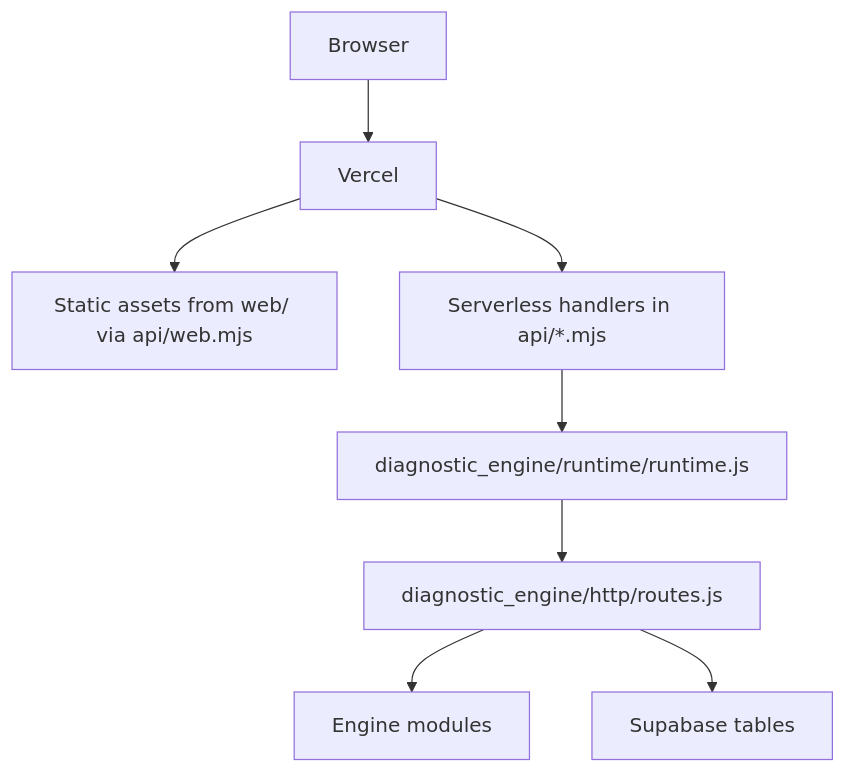
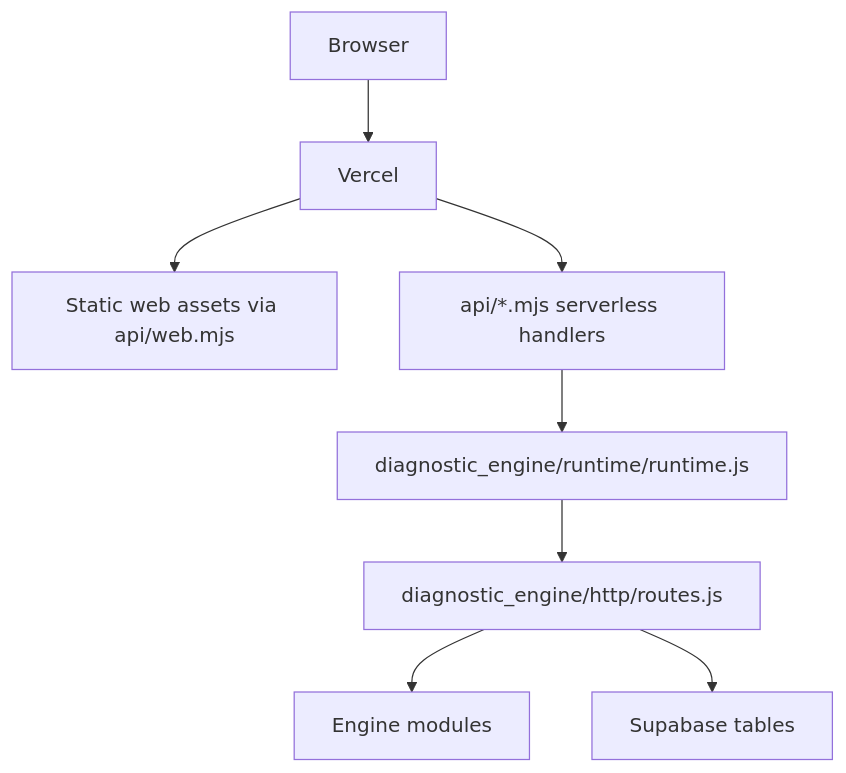
Before and after one commit to prnvh/diagnostic-engine: the third of 3 diagrams in SYSTEM_ARCHITECTURE.md, drawn with Mermaid. The commit also changed other lines of this file and 2 other files, not shown here.

````diff
--- a/SYSTEM_ARCHITECTURE.md
+++ b/SYSTEM_ARCHITECTURE.md
@@ -438,10 +493,10 @@
 ```mermaid
 flowchart TB
     Browser["Browser"] --> Vercel["Vercel"]
-    Vercel --> Static["Static assets from web/ via api/web.mjs"]
-    Vercel --> Func["Serverless handlers in api/*.mjs"]
+    Vercel --> Static["Static web assets via api/web.mjs"]
+    Vercel --> Func["api/*.mjs serverless handlers"]
     Func --> Runtime["diagnostic_engine/runtime/runtime.js"]
     Runtime --> Routes["diagnostic_engine/http/routes.js"]
     Routes --> Engine["Engine modules"]
     Routes --> Supabase["Supabase tables"]
 ```
````
